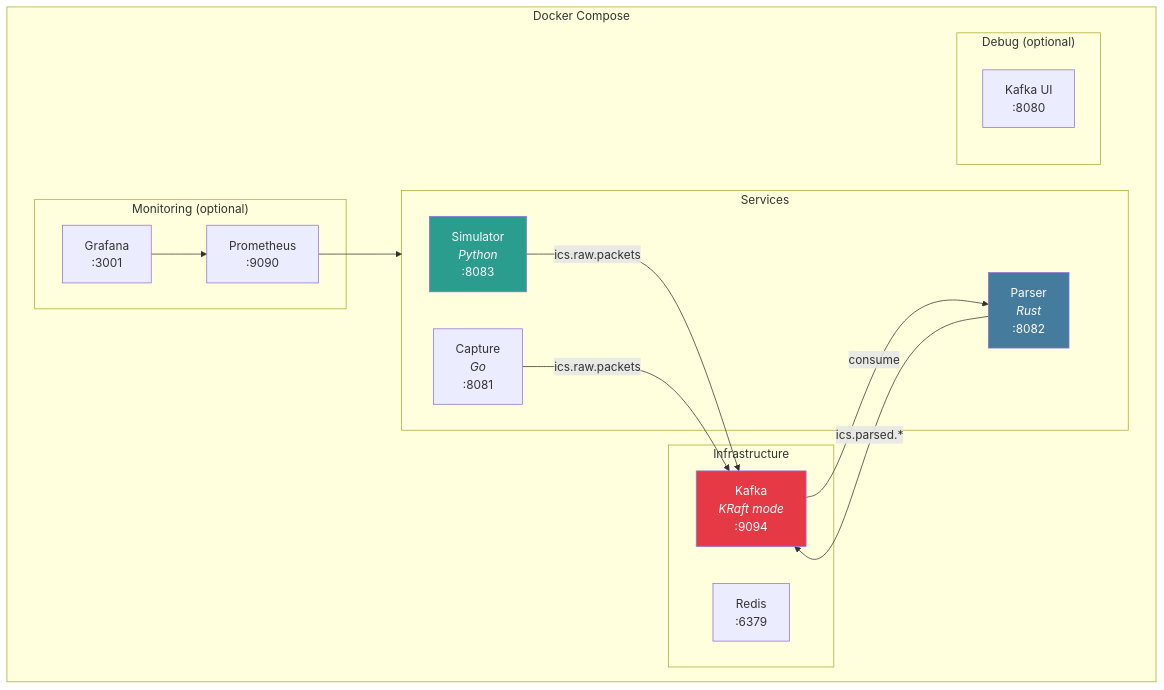
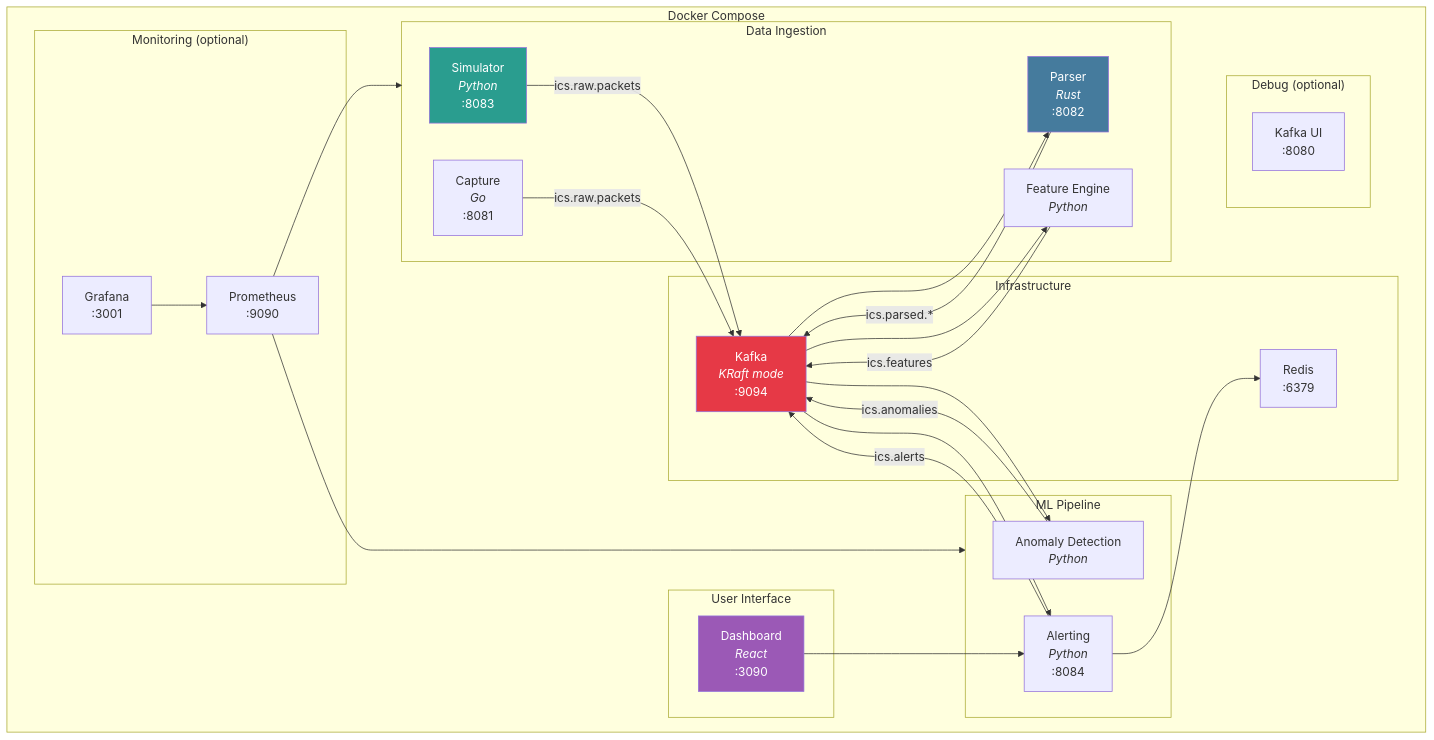
Before and after one commit to caverac/ics-anomaly-detection: the diagram in packages/docs/docs/getting-started/docker-setup.md, drawn with Mermaid. The commit also changed other lines of this file and 35 other files, not shown here.

````diff
--- a/packages/docs/docs/getting-started/docker-setup.md
+++ b/packages/docs/docs/getting-started/docker-setup.md
@@ -11,36 +11,56 @@
 ```mermaid
 flowchart TB
     subgraph Docker["Docker Compose"]
         subgraph Infra["Infrastructure"]
             KAFKA["Kafka<br/><i>KRaft mode</i><br/>:9094"]
             REDIS["Redis<br/>:6379"]
         end
 
-        subgraph Services["Services"]
+        subgraph Ingestion["Data Ingestion"]
             SIM["Simulator<br/><i>Python</i><br/>:8083"]
+            CAP["Capture<br/><i>Go</i><br/>:8081"]
             PARSER["Parser<br/><i>Rust</i><br/>:8082"]
-            CAP["Capture<br/><i>Go</i><br/>:8081"]
+            FEAT["Feature Engine<br/><i>Python</i>"]
+        end
+
+        subgraph ML["ML Pipeline"]
+            ANOMALY["Anomaly Detection<br/><i>Python</i>"]
+            ALERT["Alerting<br/><i>Python</i><br/>:8084"]
+        end
+
+        subgraph UI["User Interface"]
+            DASH["Dashboard<br/><i>React</i><br/>:3090"]
         end
 
         subgraph Monitor["Monitoring (optional)"]
             PROM["Prometheus<br/>:9090"]
             GRAF["Grafana<br/>:3001"]
         end
 
         subgraph Debug["Debug (optional)"]
             KUI["Kafka UI<br/>:8080"]
         end
     end
 
     SIM -->|"ics.raw.packets"| KAFKA
     CAP -->|"ics.raw.packets"| KAFKA
-    KAFKA -->|"consume"| PARSER
+    KAFKA --> PARSER
     PARSER -->|"ics.parsed.*"| KAFKA
+    KAFKA --> FEAT
+    FEAT -->|"ics.features"| KAFKA
+    KAFKA --> ANOMALY
+    ANOMALY -->|"ics.anomalies"| KAFKA
+    KAFKA --> ALERT
+    ALERT --> REDIS
+    ALERT -->|"ics.alerts"| KAFKA
+    DASH --> ALERT
 
-    PROM --> Services
+    PROM --> Ingestion
+    PROM --> ML
     GRAF --> PROM
 
     style KAFKA fill:#e63946,color:#fff
     style SIM fill:#2a9d8f,color:#fff
     style PARSER fill:#457b9d,color:#fff
+    style DASH fill:#9b59b6,color:#fff
 ```
````
